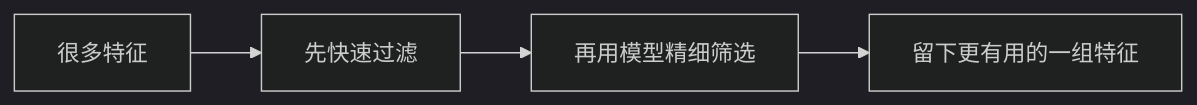
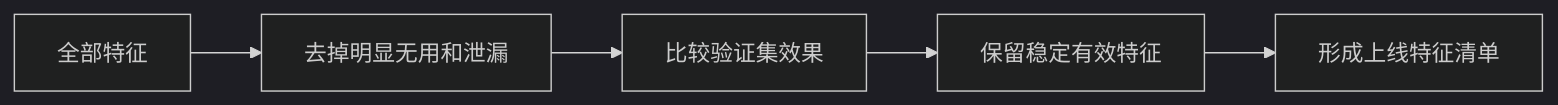
Before and after one commit to oudbiao/AI-fullstack-course: the diagram in docs/stage4/ch05-feature-engineering/04-feature-selection.md, drawn with Mermaid (dark theme). The commit also changed other lines of this file and 84 other files, not shown here.

Commit message:
docs: improve course learning flow

````diff
--- a/docs/stage4/ch05-feature-engineering/04-feature-selection.md
+++ b/docs/stage4/ch05-feature-engineering/04-feature-selection.md
@@ -28,6 +27,7 @@
 ```mermaid
 flowchart LR
-    A["很多特征"] --> B["先快速过滤"]
-    B --> C["再用模型精细筛选"]
-    C --> D["留下更有用的一组特征"]
+  A[全部特征] --> B[去掉明显无用和泄漏]
+  B --> C[比较验证集效果]
+  C --> D[保留稳定有效特征]
+  D --> E[形成上线特征清单]
 ```
````
